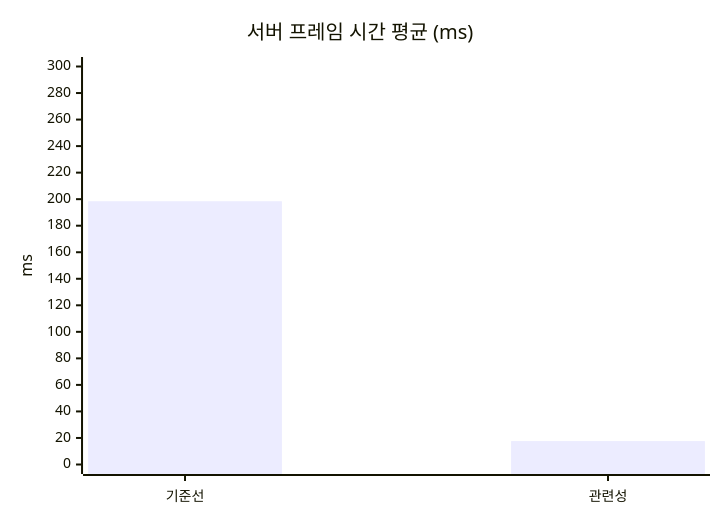
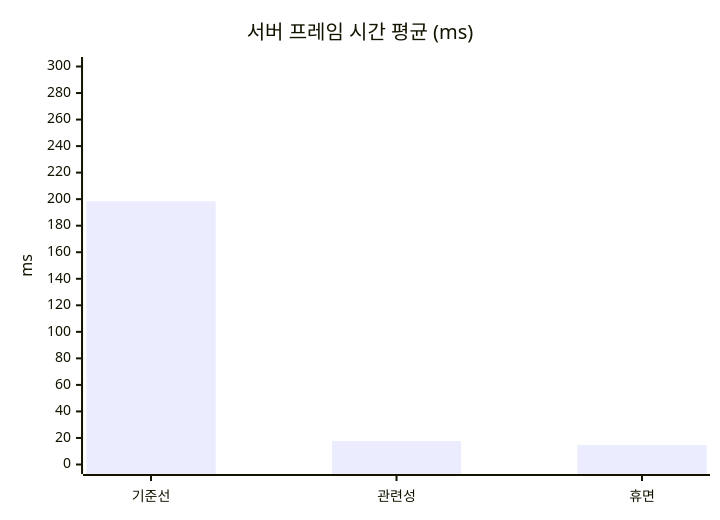
Before and after one commit to hon454/ue-dedicated-server-optimization-lab: the second of 5 diagrams in README.md, drawn with Mermaid. The commit also changed other lines of this file and 10 other files, not shown here.

````diff
--- a/README.md
+++ b/README.md
@@ -95,7 +97,7 @@
 ```mermaid
 xychart-beta
     title "서버 프레임 시간 평균 (ms)"
-    x-axis ["기준선", "관련성"]
+    x-axis ["기준선", "관련성", "휴면"]
     y-axis "ms" 0 --> 300
-    bar [198.43, 17.64]
+    bar [198.43, 17.64, 14.69]
 ```
````
